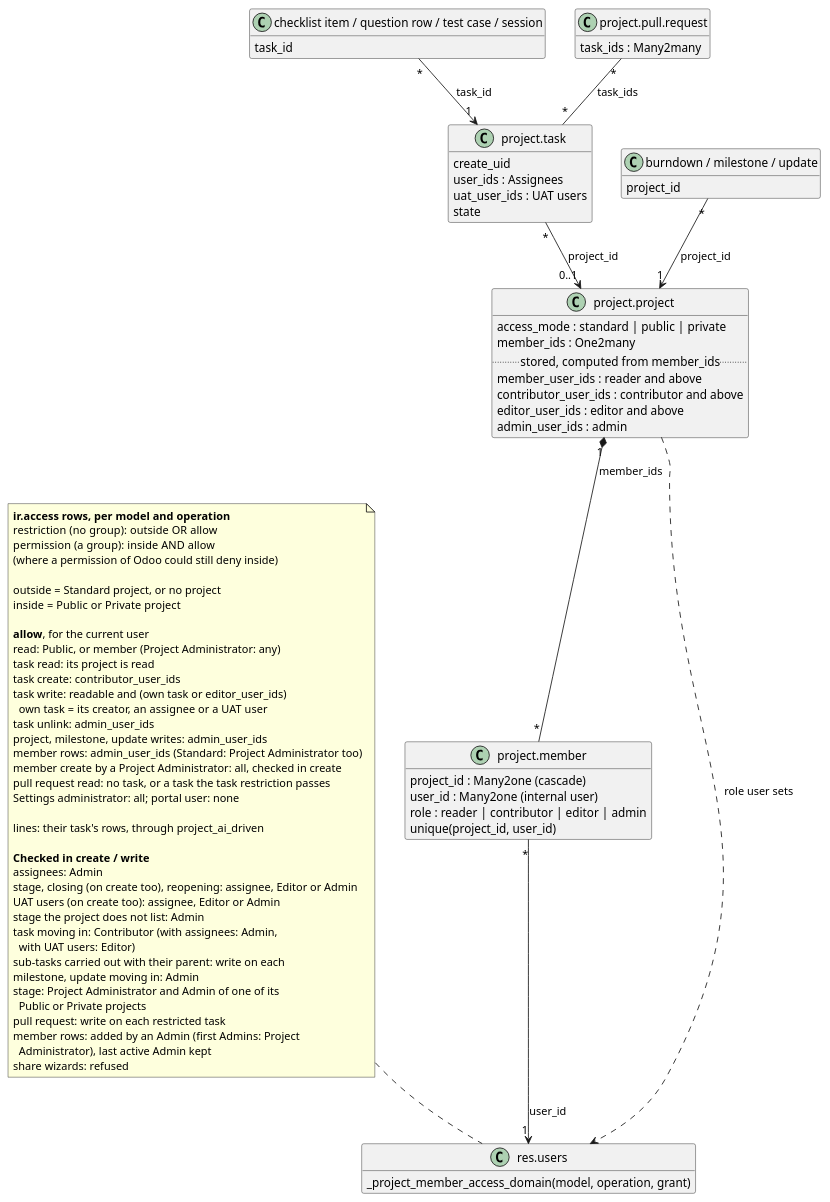
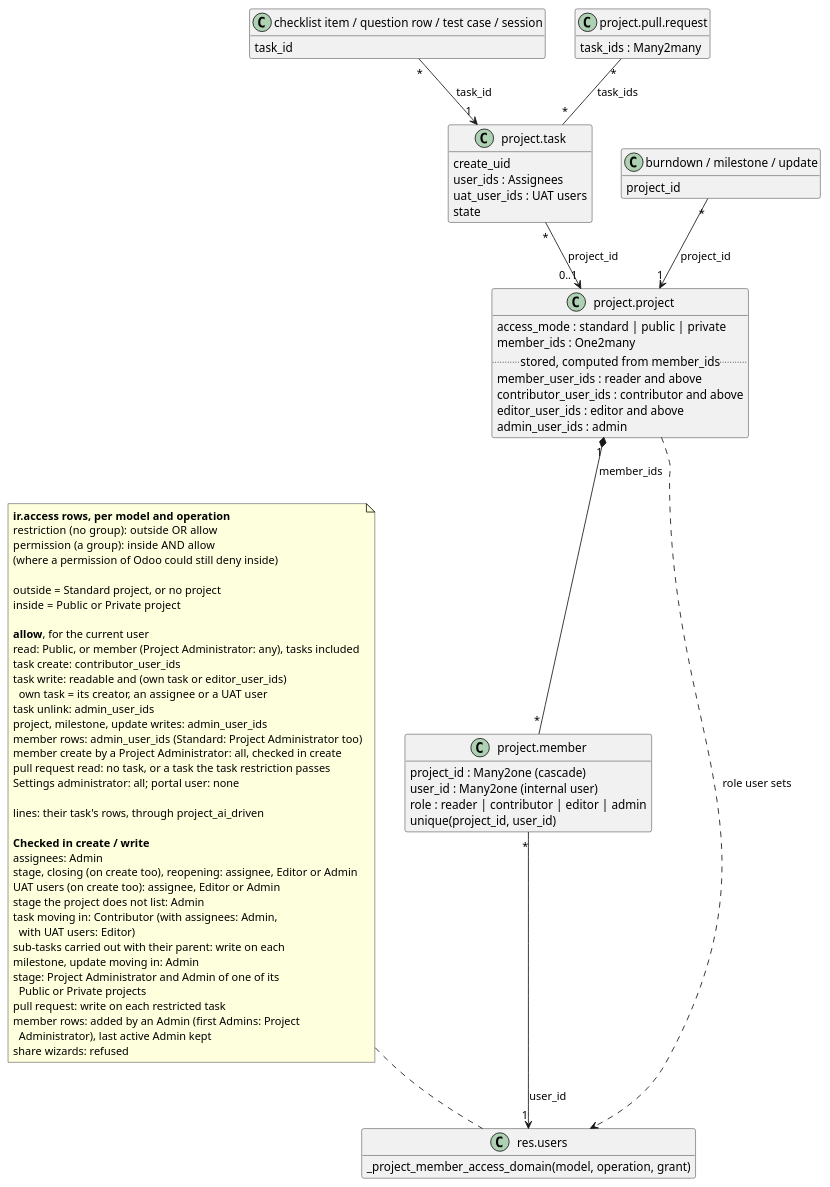
The diagram in project_member_access/readme/access_model.puml (okolovmark/nixodoo-addons), drawn with PlantUML before and after one commit. The commit also changed 13 other files, not shown here.

First line of the commit message:
[FIX] project_member_access: read by mode and members

```diff
--- a/project_member_access/readme/access_model.puml
+++ b/project_member_access/readme/access_model.puml
@@ -1,93 +1,92 @@
 @startuml access_model
 ' Data model and access rows of project_member_access.
 ' Preview: Alt+D (PlantUML extension)
 
 hide empty members
 skinparam classAttributeIconSize 0
 skinparam shadowing false
 skinparam defaultFontName Helvetica
 
 class "project.project" as Project {
   access_mode : standard | public | private
   member_ids : One2many
   .. stored, computed from member_ids ..
   member_user_ids : reader and above
   contributor_user_ids : contributor and above
   editor_user_ids : editor and above
   admin_user_ids : admin
 }
 class "project.member" as Member {
   {field} project_id : Many2one (cascade)
   {field} user_id : Many2one (internal user)
   role : reader | contributor | editor | admin
   {field} unique(project_id, user_id)
 }
 class "res.users" as User {
   _project_member_access_domain(model, operation, grant)
 }
 class "project.task" as Task {
   create_uid
   user_ids : Assignees
   uat_user_ids : UAT users
   state
 }
 class "checklist item / question row / test case / session" as Line {
   task_id
 }
 class "project.pull.request" as PullRequest {
   task_ids : Many2many
 }
 class "burndown / milestone / update" as ProjectRecord {
   project_id
 }
 
 Project "1" *-- "*" Member : member_ids
 Member "*" --> "1" User : user_id
 Project ..> User : role user sets
 Task "*" --> "0..1" Project : project_id
 Line "*" --> "1" Task : task_id
 PullRequest "*" -- "*" Task : task_ids
 ProjectRecord "*" --> "1" Project : project_id
 
 note as Rows
   <b>ir.access rows, per model and operation</b>
   restriction (no group):  outside OR allow
   permission (a group):  inside AND allow
   (where a permission of Odoo could still deny inside)
 
   outside = Standard project, or no project
   inside  = Public or Private project
 
   <b>allow</b>, for the current user
-  read: Public, or member (Project Administrator: any)
-  task read: its project is read
+  read: Public, or member (Project Administrator: any), tasks included
   task create: contributor_user_ids
   task write: readable and (own task or editor_user_ids)
     own task = its creator, an assignee or a UAT user
   task unlink: admin_user_ids
   project, milestone, update writes: admin_user_ids
   member rows: admin_user_ids (Standard: Project Administrator too)
   member create by a Project Administrator: all, checked in create
   pull request read: no task, or a task the task restriction passes
   Settings administrator: all; portal user: none
 
   lines: their task's rows, through project_ai_driven
 
   <b>Checked in create / write</b>
   assignees: Admin
   stage, closing (on create too), reopening: assignee, Editor or Admin
   UAT users (on create too): assignee, Editor or Admin
   stage the project does not list: Admin
   task moving in: Contributor (with assignees: Admin,
     with UAT users: Editor)
   sub-tasks carried out with their parent: write on each
   milestone, update moving in: Admin
   stage: Project Administrator and Admin of one of its
     Public or Private projects
   pull request: write on each restricted task
   member rows: added by an Admin (first Admins: Project
     Administrator), last active Admin kept
   share wizards: refused
 end note
 Rows .. User
 @enduml
```
